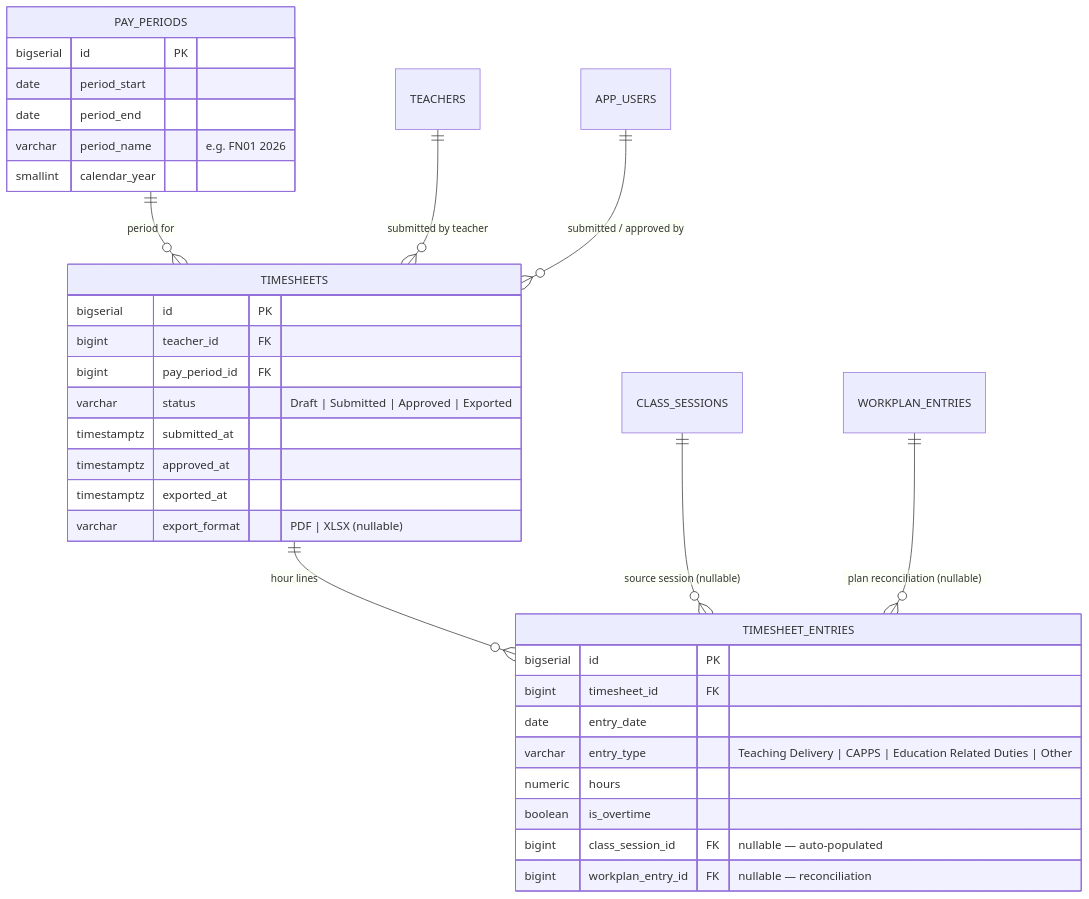
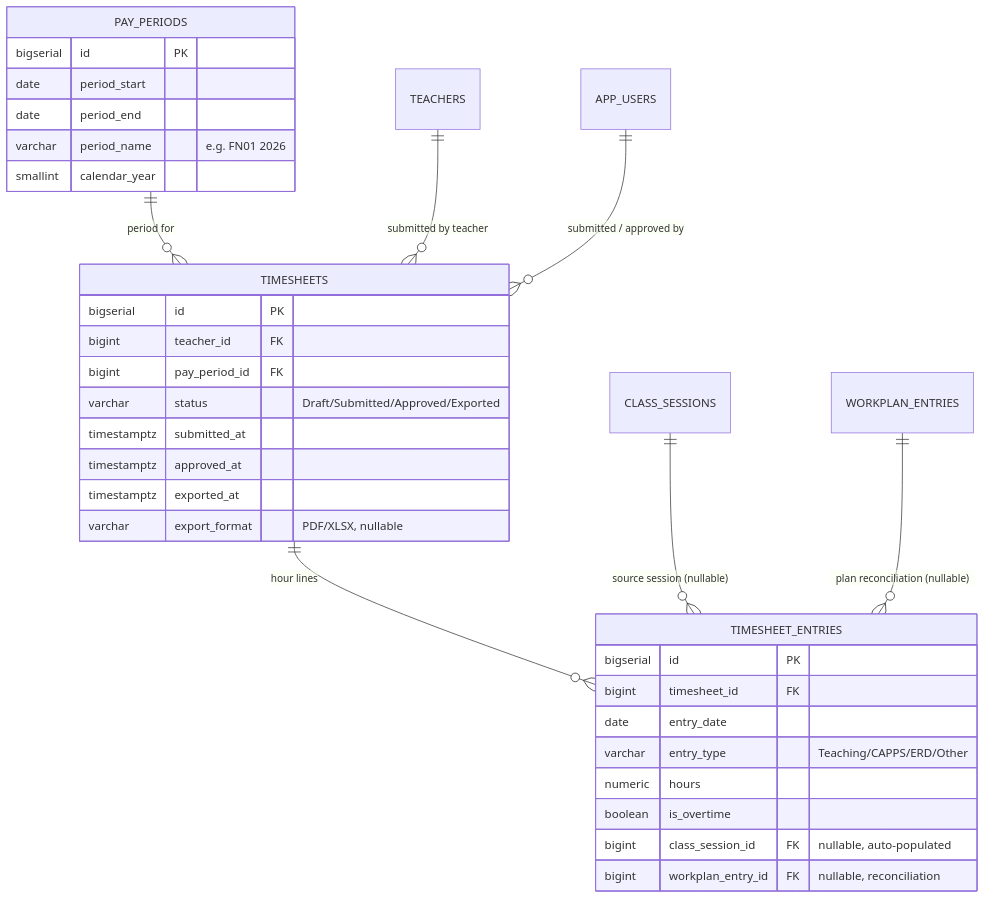
Before and after one commit to harleycalvert/nvims: diagram 11 of 11 in docs/DATABASE.md, drawn with Mermaid. The commit also changed other lines of this file, not shown here.

Commit message:
Mermaid - Unable to render rich display - potential fix.

````diff
--- a/docs/DATABASE.md
+++ b/docs/DATABASE.md
@@ -393,37 +393,37 @@
 ```mermaid
 erDiagram
     PAY_PERIODS ||--o{ TIMESHEETS : "period for"
     TEACHERS ||--o{ TIMESHEETS : "submitted by teacher"
     APP_USERS ||--o{ TIMESHEETS : "submitted / approved by"
     TIMESHEETS ||--o{ TIMESHEET_ENTRIES : "hour lines"
     CLASS_SESSIONS ||--o{ TIMESHEET_ENTRIES : "source session (nullable)"
     WORKPLAN_ENTRIES ||--o{ TIMESHEET_ENTRIES : "plan reconciliation (nullable)"
 
     PAY_PERIODS {
         bigserial id PK
         date period_start
         date period_end
         varchar period_name "e.g. FN01 2026"
         smallint calendar_year
     }
     TIMESHEETS {
         bigserial id PK
         bigint teacher_id FK
         bigint pay_period_id FK
-        varchar status "Draft | Submitted | Approved | Exported"
+        varchar status "Draft/Submitted/Approved/Exported"
         timestamptz submitted_at
         timestamptz approved_at
         timestamptz exported_at
-        varchar export_format "PDF | XLSX (nullable)"
+        varchar export_format "PDF/XLSX, nullable"
     }
     TIMESHEET_ENTRIES {
         bigserial id PK
         bigint timesheet_id FK
         date entry_date
-        varchar entry_type "Teaching Delivery | CAPPS | Education Related Duties | Other"
+        varchar entry_type "Teaching/CAPPS/ERD/Other"
         numeric hours
         boolean is_overtime
-        bigint class_session_id FK "nullable — auto-populated"
-        bigint workplan_entry_id FK "nullable — reconciliation"
+        bigint class_session_id FK "nullable, auto-populated"
+        bigint workplan_entry_id FK "nullable, reconciliation"
     }
 ```
````
